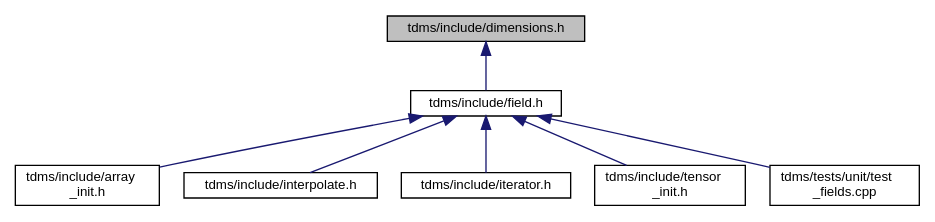
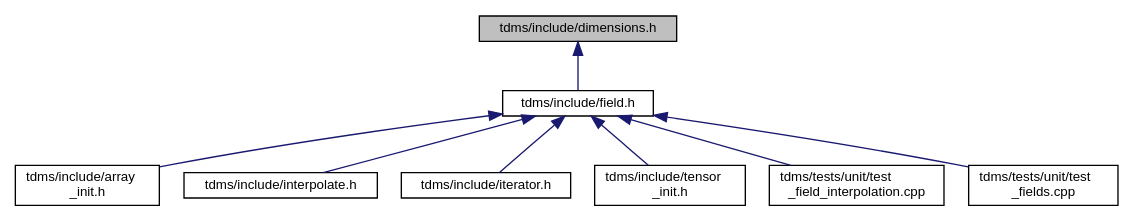
One commit to UCL/TDMS changed the diagram in dimensions_8h__dep__incl.dot. Above: the diagram before and after it, drawn with Graphviz. The commit also changed 173 other files, not shown here.

```diff
--- a/dimensions_8h__dep__incl.dot
+++ b/dimensions_8h__dep__incl.dot
@@ -1,19 +1,21 @@
 digraph "tdms/include/dimensions.h"
 {
  // LATEX_PDF_SIZE
   edge [fontname="Helvetica",fontsize="10",labelfontname="Helvetica",labelfontsize="10"];
   node [fontname="Helvetica",fontsize="10",shape=record];
   Node1 [label="tdms/include/dimensions.h",height=0.2,width=0.4,color="black", fillcolor="grey75", style="filled", fontcolor="black",tooltip=" "];
   Node1 -> Node2 [dir="back",color="midnightblue",fontsize="10",style="solid",fontname="Helvetica"];
   Node2 [label="tdms/include/field.h",height=0.2,width=0.4,color="black", fillcolor="white", style="filled",URL="$field_8h.html",tooltip="Classes for the electric and magnetic (split) fields on a grid."];
   Node2 -> Node3 [dir="back",color="midnightblue",fontsize="10",style="solid",fontname="Helvetica"];
   Node3 [label="tdms/include/array\l_init.h",height=0.2,width=0.4,color="black", fillcolor="white", style="filled",URL="$array__init_8h.html",tooltip="A collection of functions for array initialisation given MATLAB pointers."];
   Node2 -> Node4 [dir="back",color="midnightblue",fontsize="10",style="solid",fontname="Helvetica"];
   Node4 [label="tdms/include/interpolate.h",height=0.2,width=0.4,color="black", fillcolor="white", style="filled",URL="$interpolate_8h.html",tooltip="Interpolation of field values within FDTD grid."];
   Node2 -> Node5 [dir="back",color="midnightblue",fontsize="10",style="solid",fontname="Helvetica"];
   Node5 [label="tdms/include/iterator.h",height=0.2,width=0.4,color="black", fillcolor="white", style="filled",URL="$iterator_8h.html",tooltip="The main time propogation algorithm."];
   Node2 -> Node6 [dir="back",color="midnightblue",fontsize="10",style="solid",fontname="Helvetica"];
   Node6 [label="tdms/include/tensor\l_init.h",height=0.2,width=0.4,color="black", fillcolor="white", style="filled",URL="$tensor__init_8h_source.html",tooltip=" "];
   Node2 -> Node7 [dir="back",color="midnightblue",fontsize="10",style="solid",fontname="Helvetica"];
-  Node7 [label="tdms/tests/unit/test\l_fields.cpp",height=0.2,width=0.4,color="black", fillcolor="white", style="filled",URL="$test__fields_8cpp.html",tooltip="Test of the Field class and subclasses."];
+  Node7 [label="tdms/tests/unit/test\l_field_interpolation.cpp",height=0.2,width=0.4,color="black", fillcolor="white", style="filled",URL="$test__field__interpolation_8cpp.html",tooltip="Tests interpolation of E- and H-fields and compares the errors against MATLAB benchmarks."];
+  Node2 -> Node8 [dir="back",color="midnightblue",fontsize="10",style="solid",fontname="Helvetica"];
+  Node8 [label="tdms/tests/unit/test\l_fields.cpp",height=0.2,width=0.4,color="black", fillcolor="white", style="filled",URL="$test__fields_8cpp.html",tooltip="Test of the Field class and subclasses."];
 }
```
